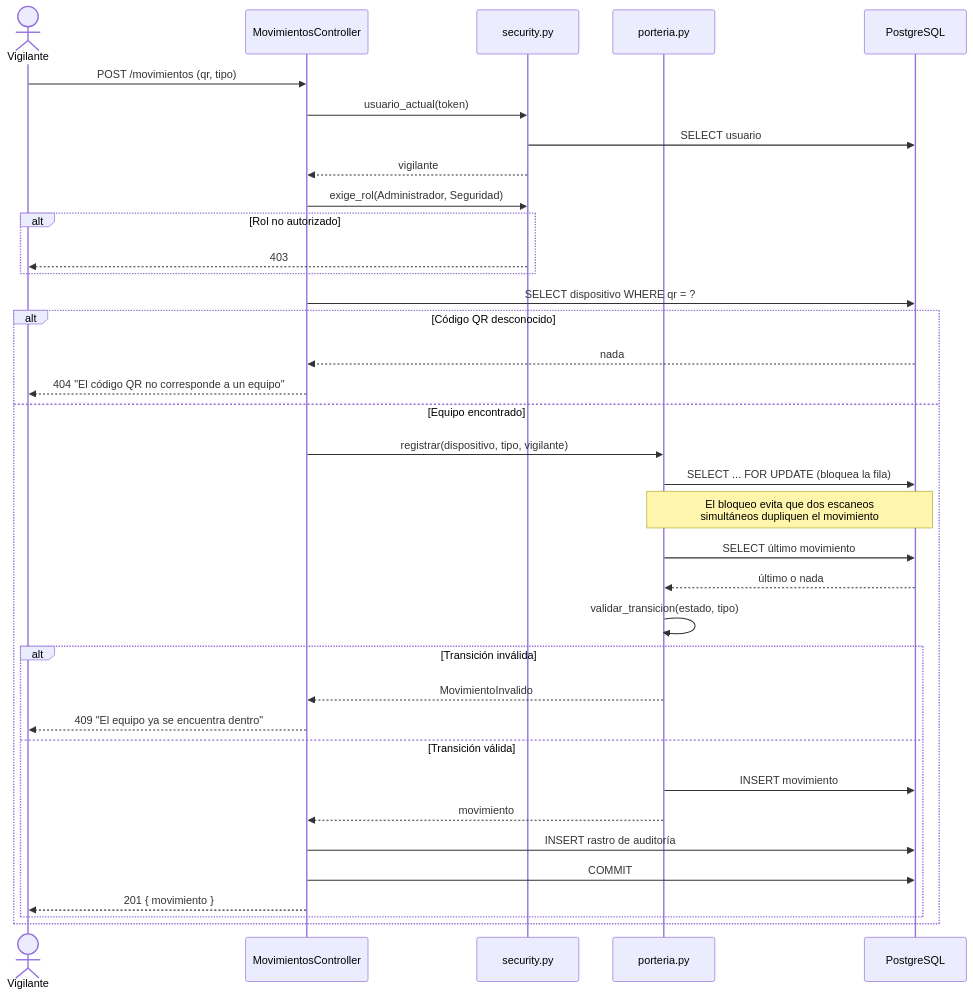
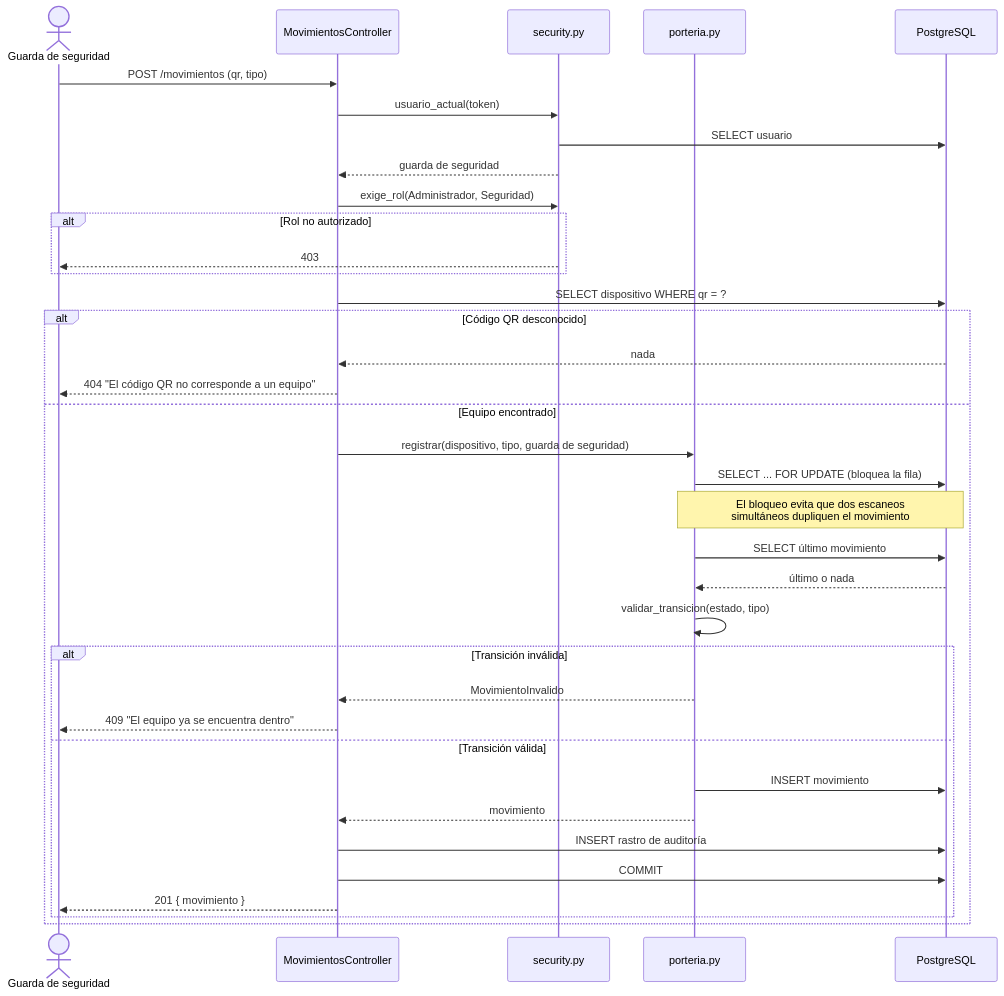
The fourth of 8 diagrams in docs/04-diagramas-uml.md (NecroAnubis/SkilledGuard), drawn with Mermaid before and after one commit. The commit also changed other lines of this file and 24 other files, not shown here.

First line of the commit message:
feat: documento del responsable y el rol se nombra guarda de seguridad (#24)

````diff
--- a/docs/04-diagramas-uml.md
+++ b/docs/04-diagramas-uml.md
@@ -219,42 +219,42 @@
 ```mermaid
 sequenceDiagram
-    actor V as Vigilante
+    actor V as Guarda de seguridad
     participant API as MovimientosController
     participant SEG as security.py
     participant POR as porteria.py
     participant BD as PostgreSQL
 
     V->>API: POST /movimientos (qr, tipo)
     API->>SEG: usuario_actual(token)
     SEG->>BD: SELECT usuario
-    SEG-->>API: vigilante
+    SEG-->>API: guarda de seguridad
 
     API->>SEG: exige_rol(Administrador, Seguridad)
     alt Rol no autorizado
         SEG-->>V: 403
     end
 
     API->>BD: SELECT dispositivo WHERE qr = ?
     alt Código QR desconocido
         BD-->>API: nada
         API-->>V: 404 "El código QR no corresponde a un equipo"
     else Equipo encontrado
-        API->>POR: registrar(dispositivo, tipo, vigilante)
+        API->>POR: registrar(dispositivo, tipo, guarda de seguridad)
         POR->>BD: SELECT ... FOR UPDATE (bloquea la fila)
         Note over POR,BD: El bloqueo evita que dos escaneos<br/>simultáneos dupliquen el movimiento
         POR->>BD: SELECT último movimiento
         BD-->>POR: último o nada
         POR->>POR: validar_transicion(estado, tipo)
 
         alt Transición inválida
             POR-->>API: MovimientoInvalido
             API-->>V: 409 "El equipo ya se encuentra dentro"
         else Transición válida
             POR->>BD: INSERT movimiento
             POR-->>API: movimiento
             API->>BD: INSERT rastro de auditoría
             API->>BD: COMMIT
             API-->>V: 201 { movimiento }
         end
     end
 ```
````
